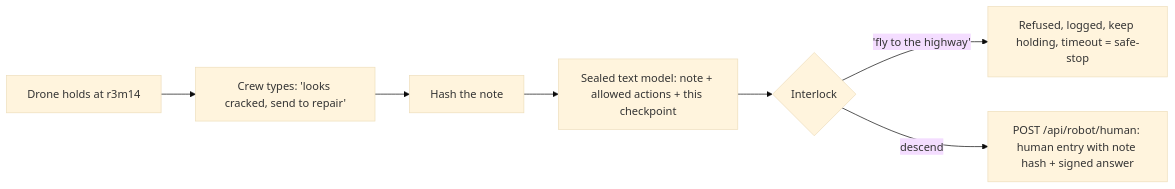
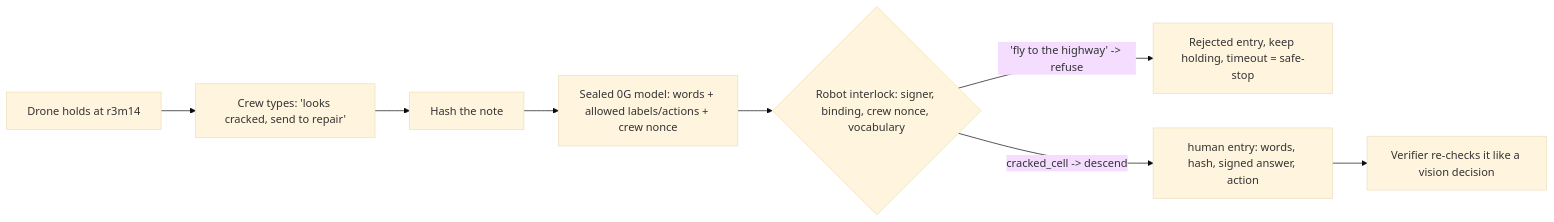
The second of 4 diagrams in README.md (Pranav-d33/Blackbox), drawn with Mermaid (base theme) before and after one commit. The commit also changed other lines of this file and 3 other files, not shown here.

````diff
--- a/README.md
+++ b/README.md
@@ -105,9 +105,10 @@
 ```mermaid
 flowchart LR
     A[Drone holds at r3m14] --> B["Crew types: 'looks cracked, send to repair'"]
     B --> C[Hash the note]
-    C --> D[Sealed text model: note + allowed actions + this checkpoint]
-    D --> E{Interlock}
-    E -- "'fly to the highway'" --> R[Refused, logged, keep holding, timeout = safe-stop]
-    E -- descend --> F[POST /api/robot/human: human entry with note hash + signed answer]
+    C --> D[Sealed 0G model: words + allowed labels/actions + crew nonce]
+    D --> E{Robot interlock: signer, binding, crew nonce, vocabulary}
+    E -- "'fly to the highway' -> refuse" --> R[Rejected entry, keep holding, timeout = safe-stop]
+    E -- "cracked_cell -> descend" --> F[human entry: words, hash, signed answer, action]
+    F --> V[Verifier re-checks it like a vision decision]
 ```
````
